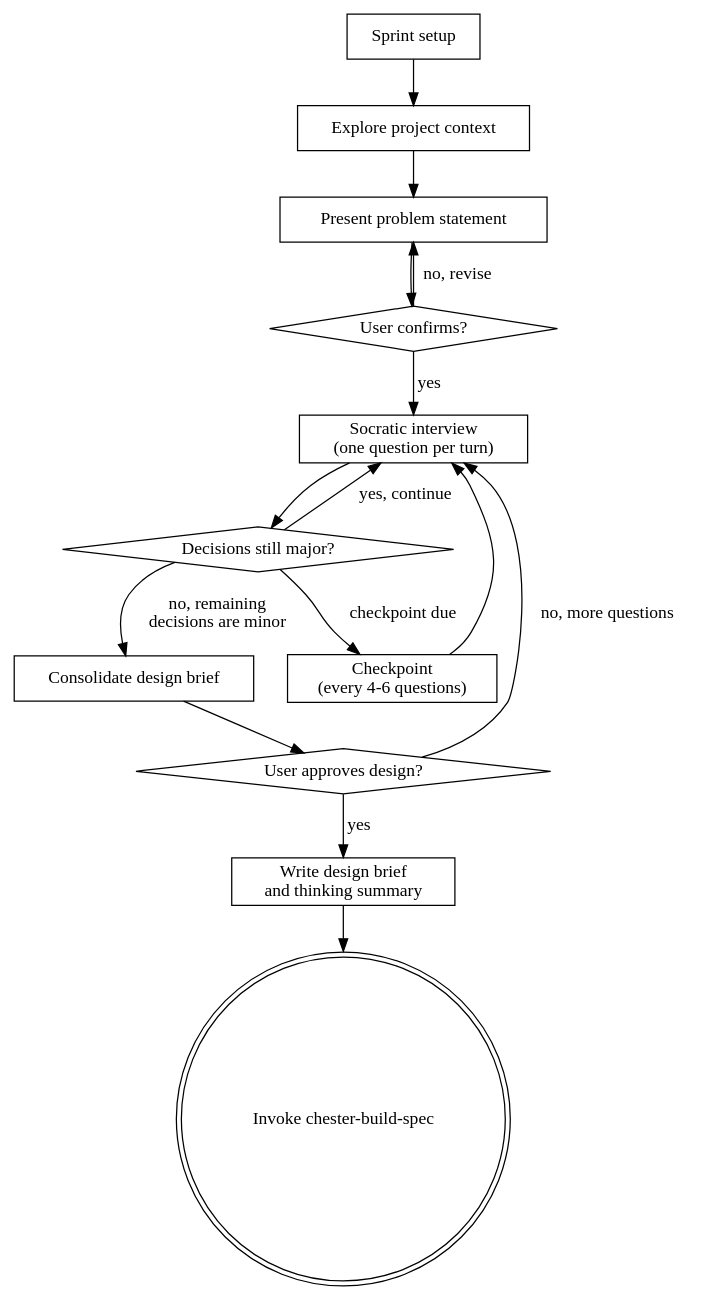
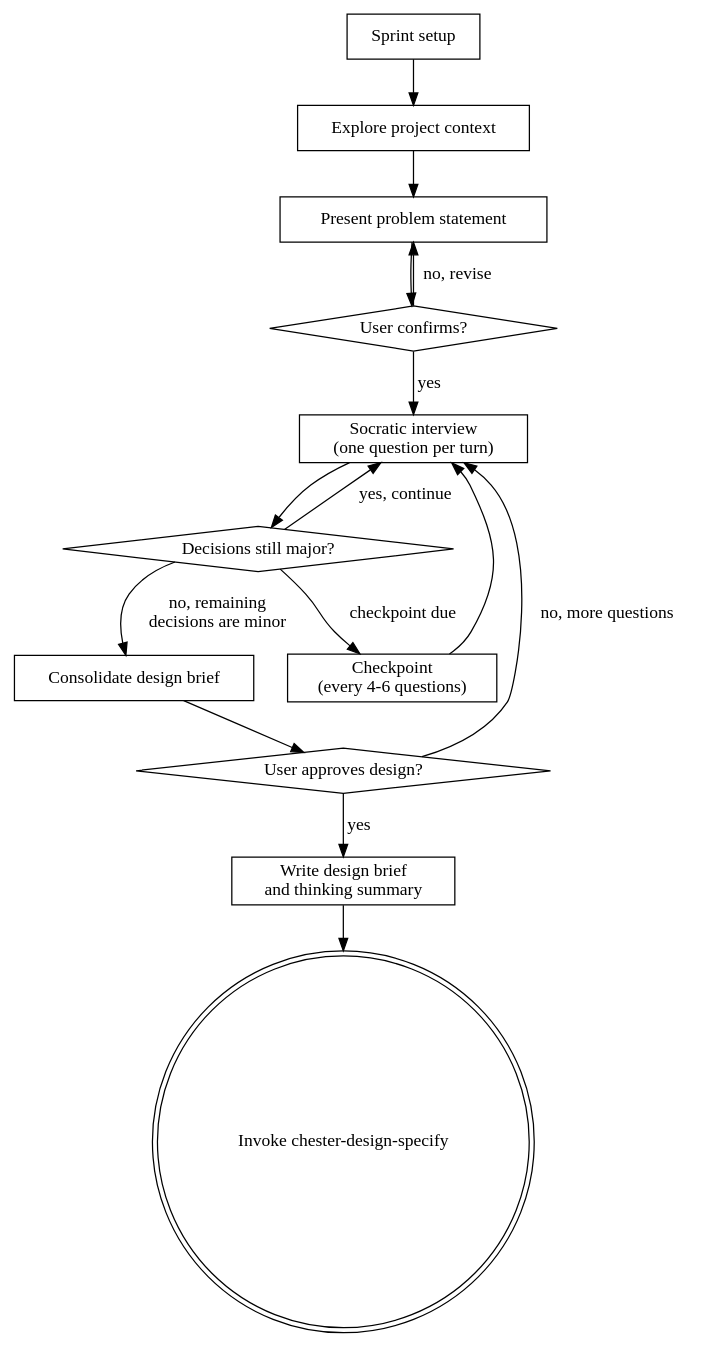
The diagram in chester-design-figure-out/SKILL.md (OrdinaryMoose/Chester), drawn with Graphviz before and after one commit. The commit also changed other lines of this file and 16 other files, not shown here.

````diff
--- a/chester-design-figure-out/SKILL.md
+++ b/chester-design-figure-out/SKILL.md
@@ -67,30 +67,30 @@
 ```dot
 digraph socratic_discovery {
     "Sprint setup" [shape=box];
     "Explore project context" [shape=box];
     "Present problem statement" [shape=box];
     "User confirms?" [shape=diamond];
     "Socratic interview\n(one question per turn)" [shape=box];
     "Decisions still major?" [shape=diamond];
     "Checkpoint\n(every 4-6 questions)" [shape=box];
     "Consolidate design brief" [shape=box];
     "User approves design?" [shape=diamond];
     "Write design brief\nand thinking summary" [shape=box];
-    "Invoke chester-build-spec" [shape=doublecircle];
+    "Invoke chester-design-specify" [shape=doublecircle];
 
     "Sprint setup" -> "Explore project context";
     "Explore project context" -> "Present problem statement";
     "Present problem statement" -> "User confirms?";
     "User confirms?" -> "Socratic interview\n(one question per turn)" [label="yes"];
     "User confirms?" -> "Present problem statement" [label="no, revise"];
     "Socratic interview\n(one question per turn)" -> "Decisions still major?";
     "Decisions still major?" -> "Checkpoint\n(every 4-6 questions)" [label="checkpoint due"];
     "Decisions still major?" -> "Socratic interview\n(one question per turn)" [label="yes, continue"];
     "Checkpoint\n(every 4-6 questions)" -> "Socratic interview\n(one question per turn)";
     "Decisions still major?" -> "Consolidate design brief" [label="no, remaining\ndecisions are minor"];
     "Consolidate design brief" -> "User approves design?";
     "User approves design?" -> "Socratic interview\n(one question per turn)" [label="no, more questions"];
     "User approves design?" -> "Write design brief\nand thinking summary" [label="yes"];
-    "Write design brief\nand thinking summary" -> "Invoke chester-build-spec";
+    "Write design brief\nand thinking summary" -> "Invoke chester-design-specify";
 }
 ```
````
